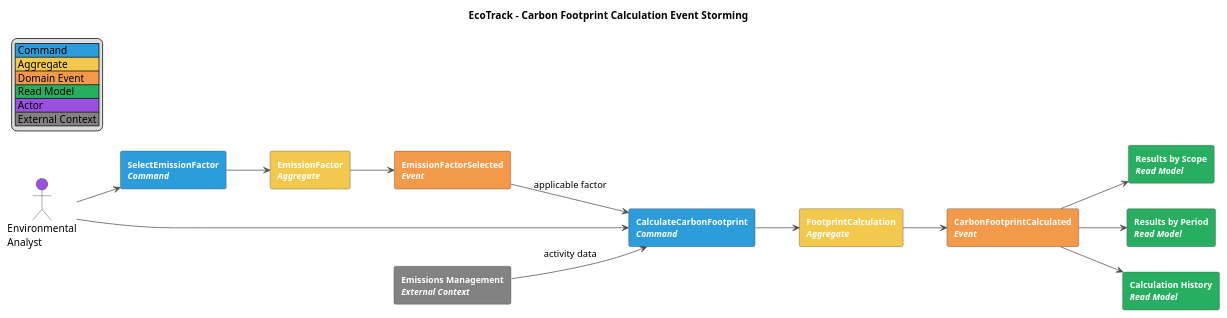
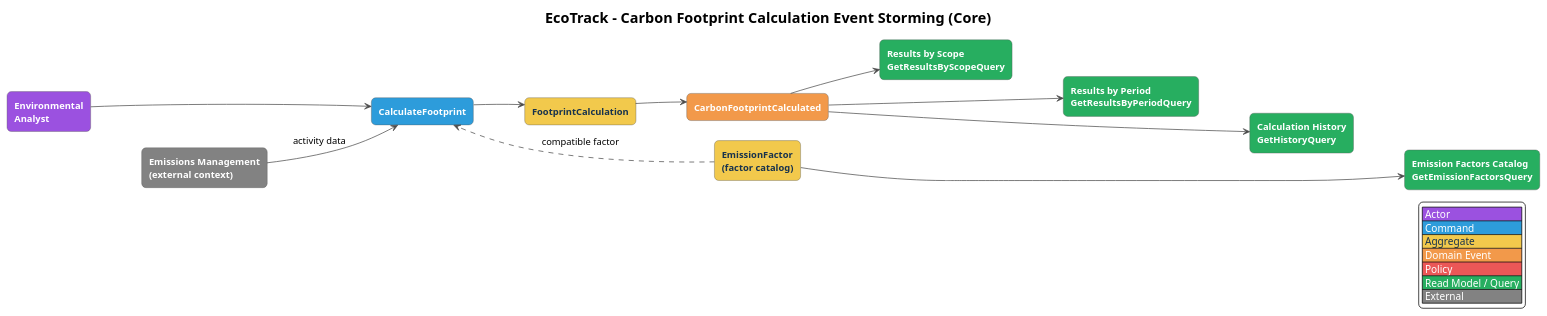
Before and after one commit to Horizon-OpenSource/report: the diagram in docs/diagrams/event-storming/ecotrack-event-storming-carbon-footprint-calculation.puml, drawn with PlantUML. The commit also changed 18 other files, not shown here.

Commit message:
docs(report): improve event storming, context, container and database diagrams

```diff
--- a/docs/diagrams/event-storming/ecotrack-event-storming-carbon-footprint-calculation.puml
+++ b/docs/diagrams/event-storming/ecotrack-event-storming-carbon-footprint-calculation.puml
@@ -1,53 +1,83 @@
 @startuml
-title EcoTrack - Carbon Footprint Calculation Event Storming
 left to right direction
-skinparam packageStyle rectangle
 skinparam shadowing false
-skinparam defaultFontName Arial
-skinparam rectangle {
-  BorderColor #4A4A4A
-  FontColor #FFFFFF
-  FontStyle bold
-  FontSize 12
+skinparam defaultFontName Helvetica
+skinparam defaultFontSize 13
+skinparam backgroundColor white
+skinparam nodesep 25
+skinparam ranksep 70
+skinparam ArrowColor #4A4A4A
+skinparam RectangleBorderColor #555555
+skinparam RectangleFontStyle bold
+skinparam roundCorner 12
+skinparam rectangle<<ext>> {
+  BackgroundColor #828282
+  FontColor white
 }
-skinparam ArrowColor #4A4A4A
+skinparam rectangle<<rm>> {
+  BackgroundColor #27AE60
+  FontColor white
+}
+skinparam rectangle<<pol>> {
+  BackgroundColor #EB5757
+  FontColor white
+}
+skinparam rectangle<<evt>> {
+  BackgroundColor #F2994A
+  FontColor white
+}
+skinparam rectangle<<agg>> {
+  BackgroundColor #F2C94C
+  FontColor #17324D
+}
+skinparam rectangle<<cmd>> {
+  BackgroundColor #2D9CDB
+  FontColor white
+}
+skinparam rectangle<<actor>> {
+  BackgroundColor #9B51E0
+  FontColor white
+}
+skinparam titleFontSize 20
+hide stereotype
+title EcoTrack - Carbon Footprint Calculation Event Storming (Core)
 
-legend top left
-  |<#2D9CDB> Command |
-  |<#F2C94C> Aggregate |
-  |<#F2994A> Domain Event |
-  |<#27AE60> Read Model |
-  |<#9B51E0> Actor |
-  |<#828282> External Context |
+rectangle "Environmental\nAnalyst" as a <<actor>>
+rectangle "Emissions Management\n(external context)" as x <<ext>>
+rectangle "CalculateFootprint" as c <<cmd>>
+rectangle "FootprintCalculation" as g <<agg>>
+rectangle "CarbonFootprintCalculated" as e <<evt>>
+rectangle "Results by Scope\nGetResultsByScopeQuery" as r1 <<rm>>
+rectangle "Results by Period\nGetResultsByPeriodQuery" as r2 <<rm>>
+rectangle "Calculation History\nGetHistoryQuery" as r3 <<rm>>
+rectangle "EmissionFactor\n(factor catalog)" as f <<agg>>
+rectangle "Emission Factors Catalog\nGetEmissionFactorsQuery" as r4 <<rm>>
+
+a --> c
+x --> c : activity data
+f ..> c : compatible factor
+c --> g
+g --> e
+e --> r1
+e --> r2
+e --> r3
+f --> r4
+a -[hidden]down-> x
+g -[hidden]down-> f
+r1 -[hidden]down-> r2
+r2 -[hidden]down-> r3
+r3 -[hidden]down-> r4
+a -[hidden]right-> c
+c -[hidden]right-> g
+g -[hidden]right-> e
+e -[hidden]right-> r1
+legend right
+  |<#9B51E0><color:white> Actor </color>|
+  |<#2D9CDB><color:white> Command </color>|
+  |<#F2C94C><color:#17324D> Aggregate </color>|
+  |<#F2994A><color:white> Domain Event </color>|
+  |<#EB5757><color:white> Policy </color>|
+  |<#27AE60><color:white> Read Model / Query </color>|
+  |<#828282><color:white> External </color>|
 endlegend
-
-actor "Environmental\nAnalyst" as Analyst #9B51E0
-rectangle "Emissions Management\n<i>External Context</i>" as Emissions #828282
-
-rectangle "SelectEmissionFactor\n<i>Command</i>" as CmdFactor #2D9CDB
-rectangle "EmissionFactor\n<i>Aggregate</i>" as AggFactor #F2C94C
-rectangle "EmissionFactorSelected\n<i>Event</i>" as EvtFactor #F2994A
-
-rectangle "CalculateCarbonFootprint\n<i>Command</i>" as CmdCalc #2D9CDB
-rectangle "FootprintCalculation\n<i>Aggregate</i>" as AggCalc #F2C94C
-rectangle "CarbonFootprintCalculated\n<i>Event</i>" as EvtCalc #F2994A
-
-rectangle "Results by Scope\n<i>Read Model</i>" as RmScope #27AE60
-rectangle "Results by Period\n<i>Read Model</i>" as RmPeriod #27AE60
-rectangle "Calculation History\n<i>Read Model</i>" as RmHistory #27AE60
-
-Analyst --> CmdFactor
-CmdFactor --> AggFactor
-AggFactor --> EvtFactor
-
-Analyst --> CmdCalc
-Emissions --> CmdCalc : activity data
-EvtFactor --> CmdCalc : applicable factor
-CmdCalc --> AggCalc
-AggCalc --> EvtCalc
-
-EvtCalc --> RmScope
-EvtCalc --> RmPeriod
-EvtCalc --> RmHistory
-
 @enduml
```
